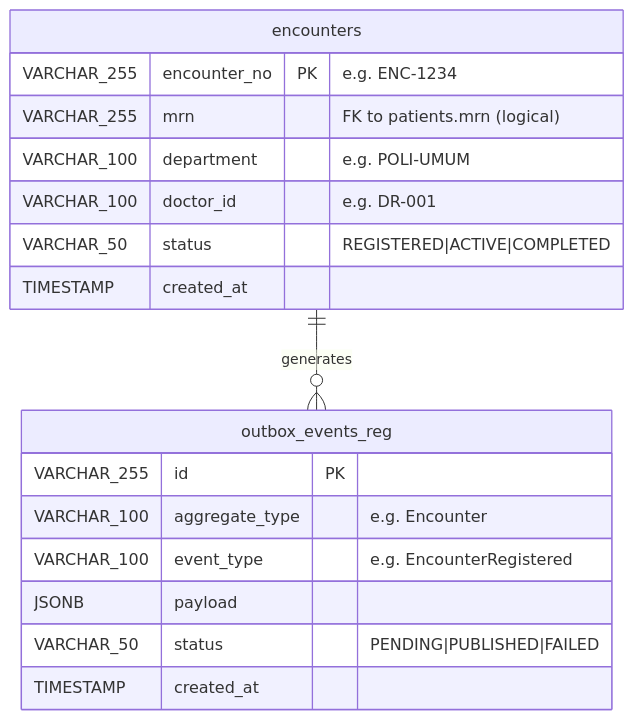
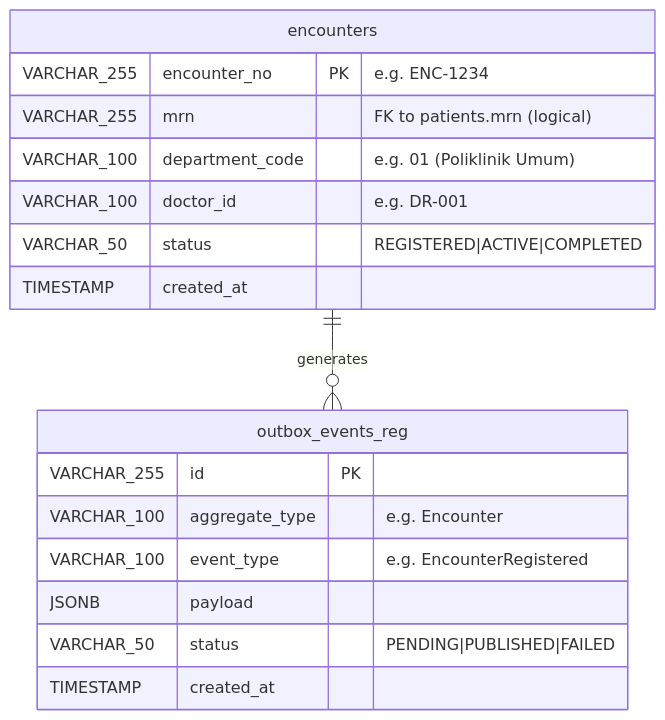
One commit to odealidj/go-micro-simrs-one changed the ninth of 19 diagrams in docs/be/technical/technical_documentation.md. Above: the diagram before and after it, drawn with Mermaid. The commit also changed other lines of this file and 13 other files, not shown here.

First line of the commit message:
feat: standardize department_code and department_name across database, services, and frontend

````diff
--- a/docs/be/technical/technical_documentation.md
+++ b/docs/be/technical/technical_documentation.md
@@ -615,22 +615,22 @@
 ```mermaid
 erDiagram
     encounters {
         VARCHAR_255 encounter_no PK "e.g. ENC-1234"
         VARCHAR_255 mrn "FK to patients.mrn (logical)"
-        VARCHAR_100 department "e.g. POLI-UMUM"
+        VARCHAR_100 department_code "e.g. 01 (Poliklinik Umum)"
         VARCHAR_100 doctor_id "e.g. DR-001"
         VARCHAR_50 status "REGISTERED|ACTIVE|COMPLETED"
         TIMESTAMP created_at
     }
 
     outbox_events_reg {
         VARCHAR_255 id PK
         VARCHAR_100 aggregate_type "e.g. Encounter"
         VARCHAR_100 event_type "e.g. EncounterRegistered"
         JSONB payload
         VARCHAR_50 status "PENDING|PUBLISHED|FAILED"
         TIMESTAMP created_at
     }
 
     encounters ||--o{ outbox_events_reg : "generates"
 ```
````
